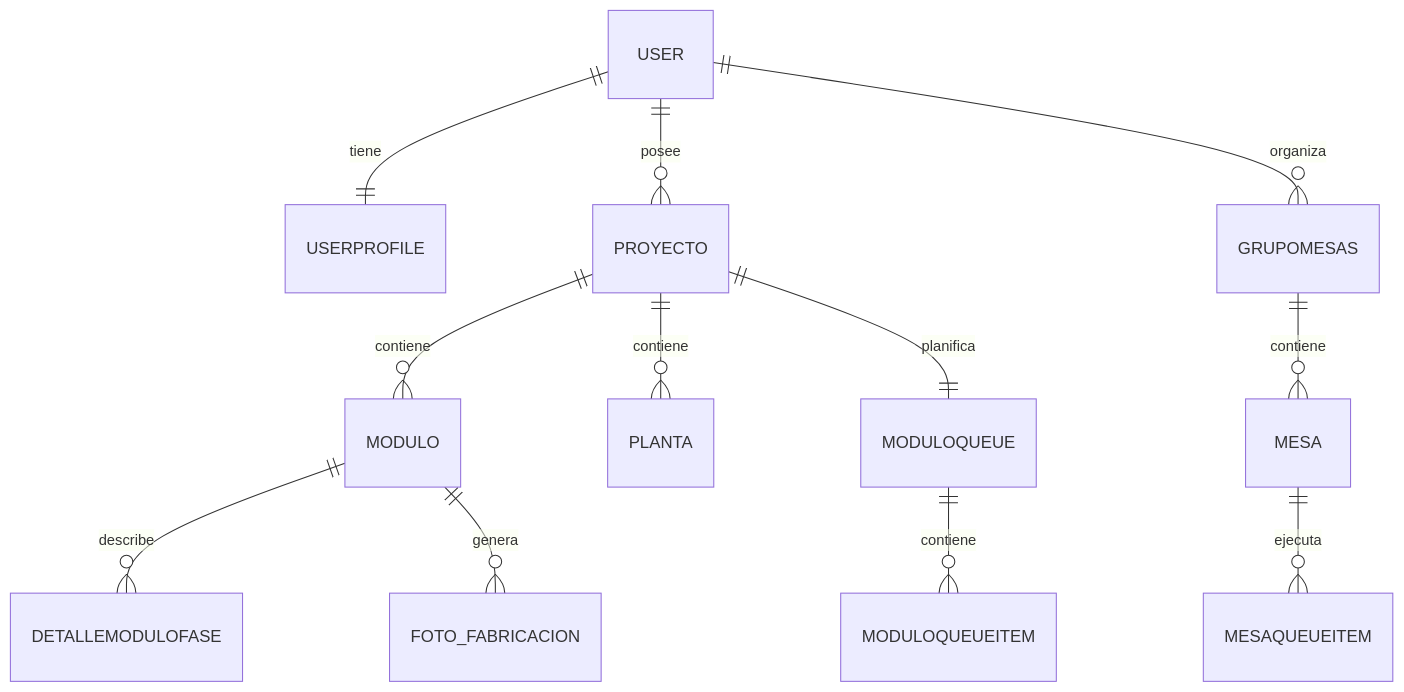
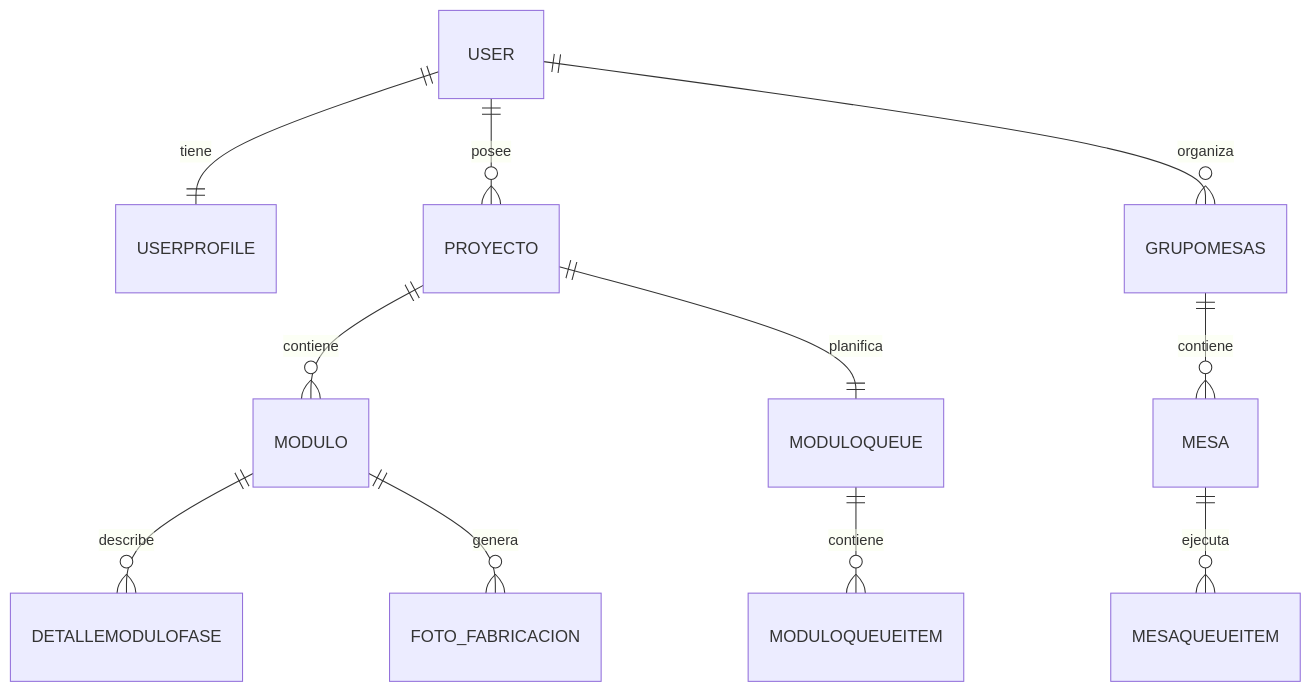
One commit to LeyanisModen/Projection_Platform changed the diagram in docs/02_elements.md. Above: the diagram before and after it, drawn with Mermaid. The commit also changed other lines of this file and 24 other files, not shown here.

````diff
--- a/docs/02_elements.md
+++ b/docs/02_elements.md
@@ -119,14 +121,13 @@
 ```mermaid
 erDiagram
     USER ||--|| USERPROFILE : tiene
     USER ||--o{ PROYECTO : posee
     USER ||--o{ GRUPOMESAS : organiza
     GRUPOMESAS ||--o{ MESA : contiene
-    PROYECTO ||--o{ PLANTA : contiene
     PROYECTO ||--o{ MODULO : contiene
     MODULO ||--o{ DETALLEMODULOFASE : describe
     MODULO ||--o{ FOTO_FABRICACION : genera
     MESA ||--o{ MESAQUEUEITEM : ejecuta
     PROYECTO ||--|| MODULOQUEUE : planifica
     MODULOQUEUE ||--o{ MODULOQUEUEITEM : contiene
 ```
````
